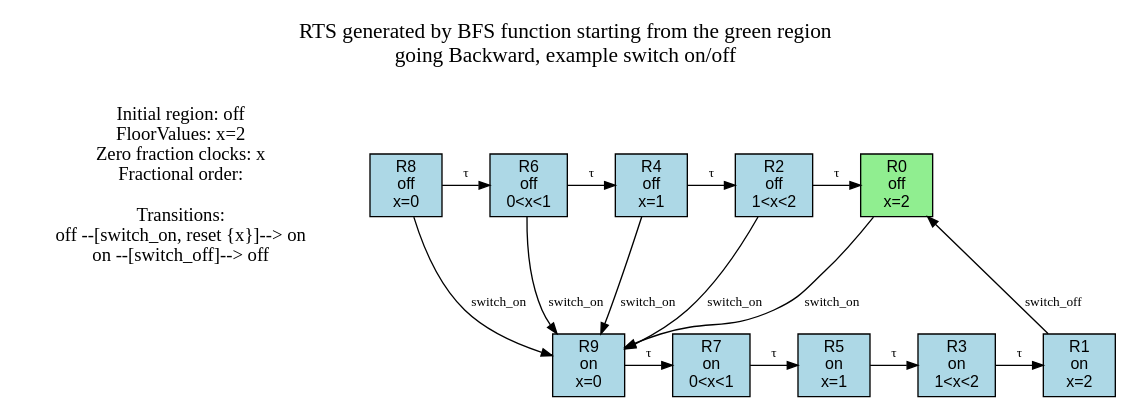
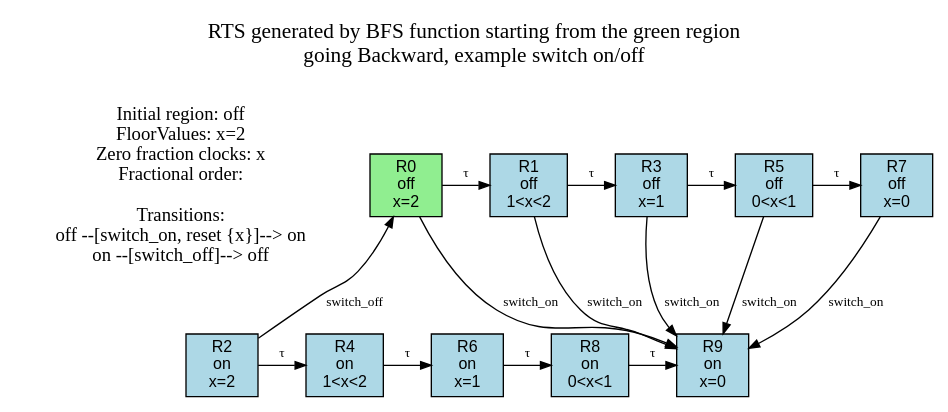
Before and after one commit to mcdu10/Timed-CLTLoc-Games: the diagram in cmake-build-debug/output/rts_backward.dot, drawn with Graphviz. The commit also changed 54 other files, not shown here.

```diff
--- a/cmake-build-debug/output/rts_backward.dot
+++ b/cmake-build-debug/output/rts_backward.dot
@@ -1,48 +1,48 @@
 digraph RTS {
   rankdir=TB;
   splines=true;
   label="RTS generated by BFS function starting from the green region\ngoing Backward, example switch on/off
 
 ";
   labelloc=t;
   fontsize=16;
   Info [shape=plaintext, label="Initial region: off\nFloorValues: x=2 \nZero fraction clocks: x \nFractional order:\n\nTransitions:\noff --[switch_on, reset {x}]--> on\non --[switch_off]--> off\n"];
   node [shape=box, style=filled, fillcolor=white, fontname=Helvetica, fontsize=12];
   edge [fontsize=10, color=black, arrowsize=0.8];
   R0 [label="R0\noff
 x=2", fillcolor=lightgreen];
-  R1 [label="R1\non
+  R1 [label="R1\noff
+1<x<2", fillcolor=lightblue];
+  R2 [label="R2\non
 x=2", fillcolor=lightblue];
-  R2 [label="R2\noff
+  R3 [label="R3\noff
+x=1", fillcolor=lightblue];
+  R4 [label="R4\non
 1<x<2", fillcolor=lightblue];
-  R3 [label="R3\non
-1<x<2", fillcolor=lightblue];
-  R4 [label="R4\noff
+  R5 [label="R5\noff
+0<x<1", fillcolor=lightblue];
+  R6 [label="R6\non
 x=1", fillcolor=lightblue];
-  R5 [label="R5\non
-x=1", fillcolor=lightblue];
-  R6 [label="R6\noff
+  R7 [label="R7\noff
+x=0", fillcolor=lightblue];
+  R8 [label="R8\non
 0<x<1", fillcolor=lightblue];
-  R7 [label="R7\non
-0<x<1", fillcolor=lightblue];
-  R8 [label="R8\noff
-x=0", fillcolor=lightblue];
   R9 [label="R9\non
 x=0", fillcolor=lightblue];
-  { rank=same; R6; R2; R8; R4; R0; }
-  { rank=same; R7; R3; R9; R5; R1; }
-  R1 -> R0 [label="switch_off"];
-  R2 -> R0 [label="τ"];
-  R3 -> R1 [label="τ"];
-  R4 -> R2 [label="τ"];
-  R5 -> R3 [label="τ"];
-  R6 -> R4 [label="τ"];
-  R7 -> R5 [label="τ"];
-  R8 -> R6 [label="τ"];
-  R9 -> R7 [label="τ"];
-  R8 -> R9 [label="switch_on"];
-  R6 -> R9 [label="switch_on"];
-  R4 -> R9 [label="switch_on"];
-  R2 -> R9 [label="switch_on"];
+  { rank=same; R5; R1; R7; R3; R0; }
+  { rank=same; R8; R4; R9; R6; R2; }
+  R0 -> R1 [label="τ"];
+  R2 -> R0 [label="switch_off"];
+  R1 -> R3 [label="τ"];
+  R2 -> R4 [label="τ"];
+  R3 -> R5 [label="τ"];
+  R4 -> R6 [label="τ"];
+  R5 -> R7 [label="τ"];
+  R6 -> R8 [label="τ"];
+  R8 -> R9 [label="τ"];
+  R7 -> R9 [label="switch_on"];
+  R5 -> R9 [label="switch_on"];
+  R3 -> R9 [label="switch_on"];
+  R1 -> R9 [label="switch_on"];
   R0 -> R9 [label="switch_on"];
 }
```
